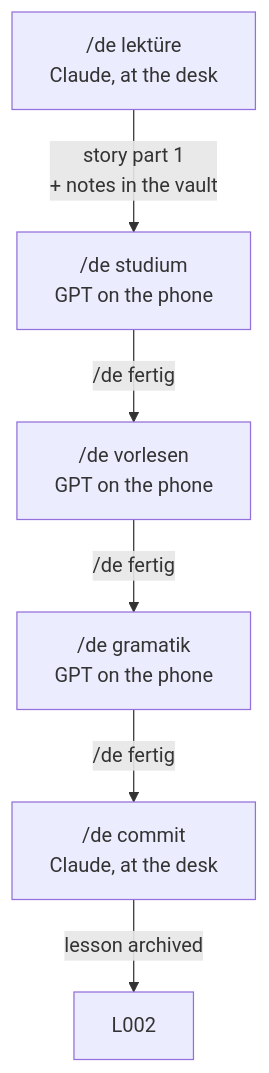
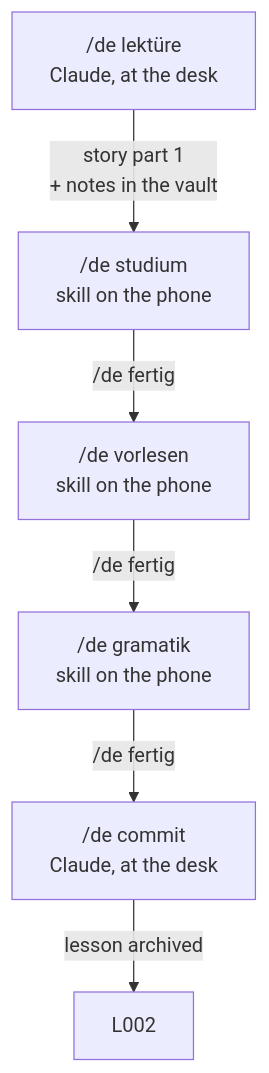
Before and after one commit to denczh/obsidian-deutsch: the diagram in 50 - Ressourcen/Lektionen.md, drawn with Mermaid. The commit also changed other lines of this file and 18 other files, not shown here.

````diff
--- a/50 - Ressourcen/Lektionen.md
+++ b/50 - Ressourcen/Lektionen.md
@@ -17,8 +17,8 @@
 ```mermaid
 flowchart TD
-    A["/de lektüre<br/>Claude, at the desk"] -->|story part 1<br/>+ notes in the vault| B["/de studium<br/>GPT on the phone"]
-    B -->|/de fertig| C["/de vorlesen<br/>GPT on the phone"]
-    C -->|/de fertig| D["/de gramatik<br/>GPT on the phone"]
+    A["/de lektüre<br/>Claude, at the desk"] -->|story part 1<br/>+ notes in the vault| B["/de studium<br/>skill on the phone"]
+    B -->|/de fertig| C["/de vorlesen<br/>skill on the phone"]
+    C -->|/de fertig| D["/de gramatik<br/>skill on the phone"]
     D -->|/de fertig| E["/de commit<br/>Claude, at the desk"]
     E -->|lesson archived| F["L002"]
 ```
````
